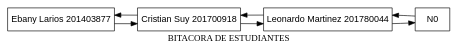
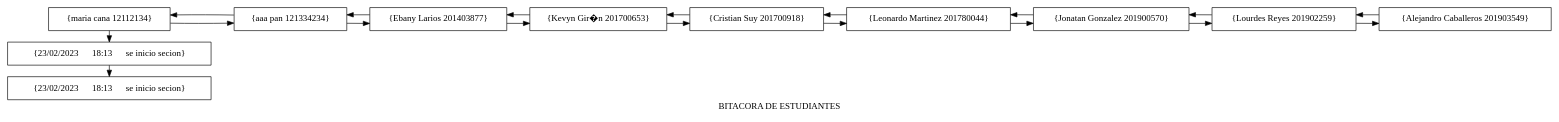
Before and after one commit to Nahomi-Aparicio/EDD_1S2023_PY_202113293_F1: the diagram in EDD_Proyecto1_Fase1/lista.dot, drawn with Graphviz. The commit also changed 12 other files, not shown here.

```diff
--- a/EDD_Proyecto1_Fase1/lista.dot
+++ b/EDD_Proyecto1_Fase1/lista.dot
@@ -1,15 +1,36 @@
 digraph G {
 rankdir=LR;
 node [shape=box];
-node [shape=record fontname=Arial]
 label = "BITACORA DE ESTUDIANTES";
-N3[label="{Ebany Larios 201403877}"];
-N1 -> N0;
-N0 -> N1;
-N2[label="{Cristian Suy 201700918}"];
-N2 -> N1;
-N1 -> N2;
-N1[label="{Leonardo Martinez 201780044}"];
-N3 -> N2;
-N2 -> N3;
+12112134[label="{maria cana 12112134}"];
+12112134 -> 121334234;
+121334234 -> 12112134;
+{ rank=same 
+ 12112135[label="{23/02/2023      18:13      se inicio secion}"];
+12112134 -> 12112135;
+}{ rank=same 
+ 12112136[label="{23/02/2023      18:13      se inicio secion}"];
+12112135 -> 12112136;
+}121334234[label="{aaa pan 121334234}"];
+121334234 -> 201403877;
+201403877 -> 121334234;
+201403877[label="{Ebany Larios 201403877}"];
+201403877 -> 201700653;
+201700653 -> 201403877;
+201700653[label="{Kevyn Gir�n 201700653}"];
+201700653 -> 201700918;
+201700918 -> 201700653;
+201700918[label="{Cristian Suy 201700918}"];
+201700918 -> 201780044;
+201780044 -> 201700918;
+201780044[label="{Leonardo Martinez 201780044}"];
+201780044 -> 201900570;
+201900570 -> 201780044;
+201900570[label="{Jonatan Gonzalez 201900570}"];
+201900570 -> 201902259;
+201902259 -> 201900570;
+201902259[label="{Lourdes Reyes 201902259}"];
+201902259 -> 201903549;
+201903549 -> 201902259;
+201903549[label="{Alejandro Caballeros 201903549}"];
 }
```
